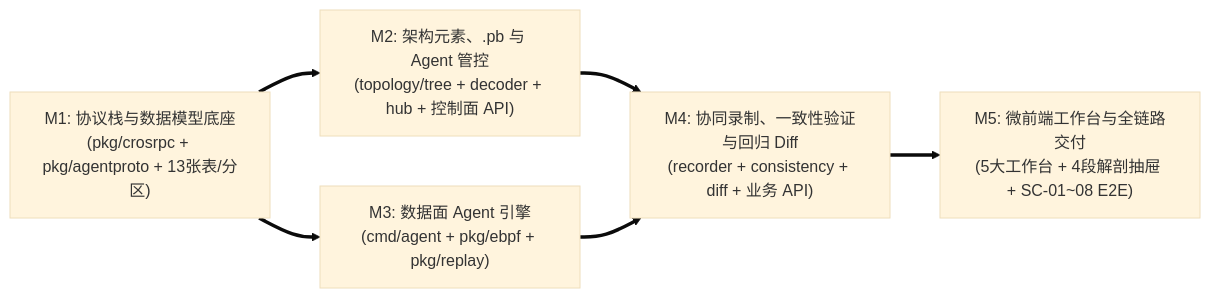
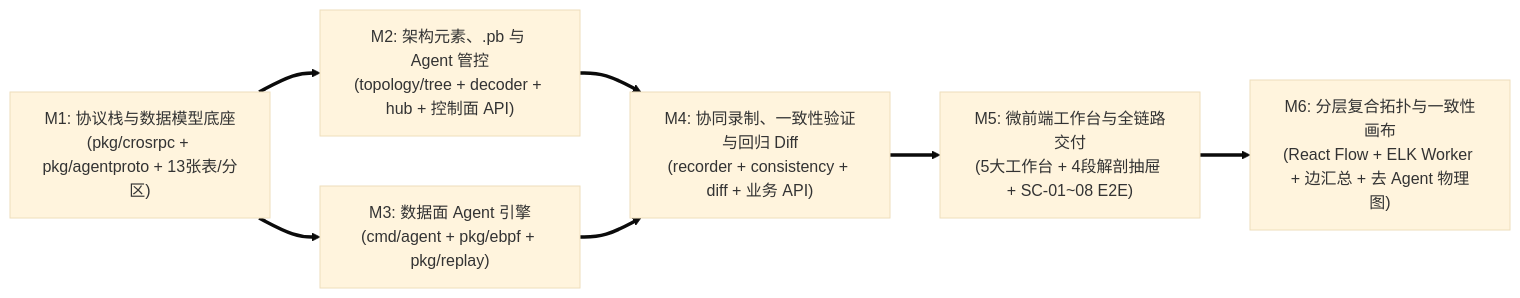
One commit to fugui/code-traefik changed the diagram in docs/04-tasks/01-roadmap.md. Above: the diagram before and after it, drawn with Mermaid (base theme). The commit also changed other lines of this file and 6 other files, not shown here.

Commit message:
docs: 依据架构决策修订静态分层拓扑与去Agent物理图规范 (ADR-05, M6)

````diff
--- a/docs/04-tasks/01-roadmap.md
+++ b/docs/04-tasks/01-roadmap.md
@@ -26,14 +26,16 @@
 ```mermaid
 flowchart LR
     M1["M1: 协议栈与数据模型底座<br/>(pkg/crosrpc + pkg/agentproto + 13张表/分区)"]
     M2["M2: 架构元素、.pb 与 Agent 管控<br/>(topology/tree + decoder + hub + 控制面 API)"]
     M3["M3: 数据面 Agent 引擎<br/>(cmd/agent + pkg/ebpf + pkg/replay)"]
     M4["M4: 协同录制、一致性验证与回归 Diff<br/>(recorder + consistency + diff + 业务 API)"]
     M5["M5: 微前端工作台与全链路交付<br/>(5大工作台 + 4段解剖抽屉 + SC-01~08 E2E)"]
 
     M1 ==> M2
     M1 ==> M3
     M2 ==> M4
     M3 ==> M4
     M4 ==> M5
+    M5 ==> M6
+    M6["M6: 分层复合拓扑与一致性画布<br/>(React Flow + ELK Worker + 边汇总 + 去 Agent 物理图)"]
 ```
````
